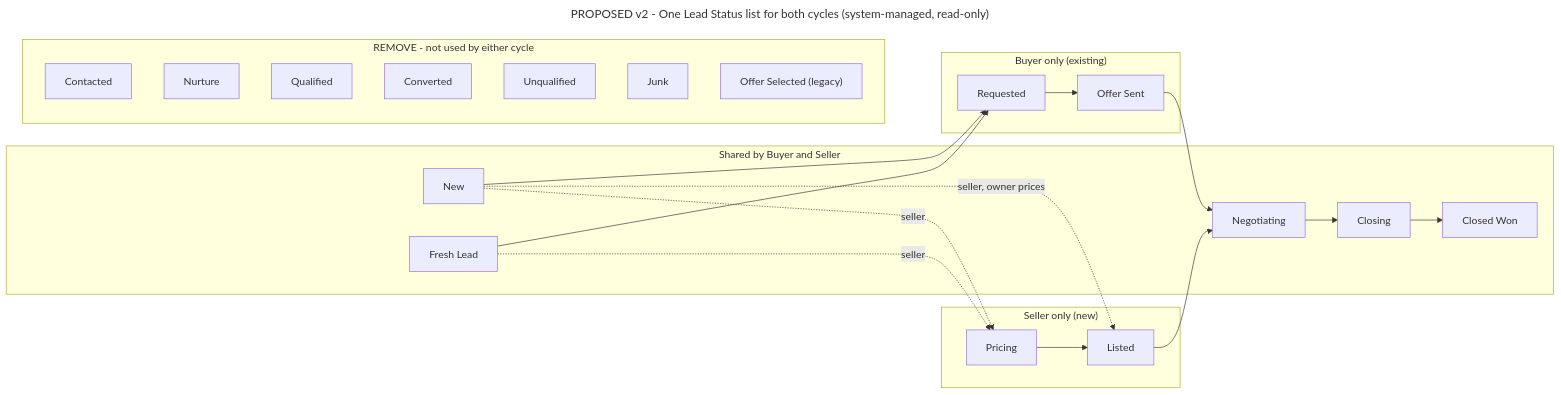
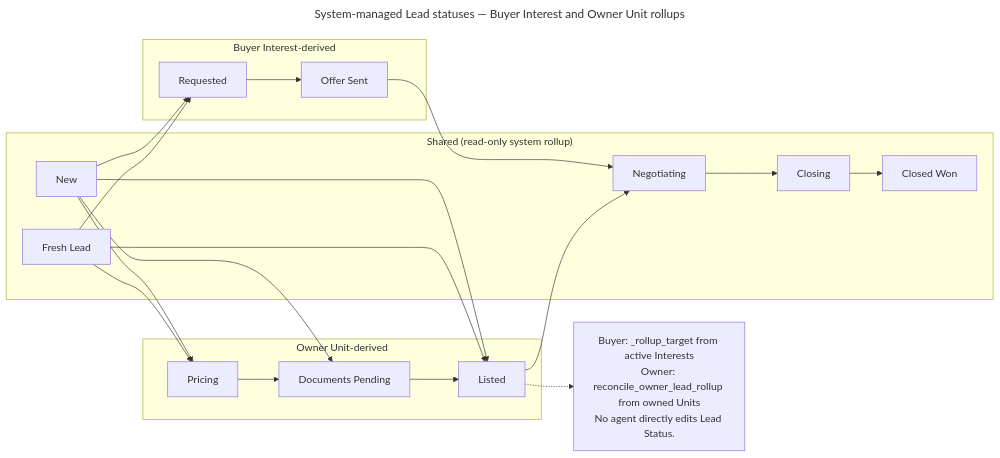
Before and after one commit to Cloudy-Z/crm-Real-State-Customs: the diagram in docs/proposals/owner_unit_workflow/lead_status_map.mmd, drawn with Mermaid. The commit also changed 24 other files, not shown here.

First line of the commit message:
feat: add guided Owner Unit listing workflow

```diff
--- a/docs/proposals/owner_unit_workflow/lead_status_map.mmd
+++ b/docs/proposals/owner_unit_workflow/lead_status_map.mmd
@@ -1,35 +1,31 @@
 ---
-title: PROPOSED v2 - One Lead Status list for both cycles (system-managed, read-only)
+title: System-managed Lead statuses — Buyer Interest and Owner Unit rollups
 ---
 flowchart LR
-    subgraph SHARED["Shared by Buyer and Seller"]
-        N["New"]
-        F["Fresh Lead"]
-        NG["Negotiating"]
-        CL["Closing"]
-        CW["Closed Won"]
+    subgraph SHARED["Shared (read-only system rollup)"]
+        N[New]
+        F[Fresh Lead]
+        NG[Negotiating]
+        CL[Closing]
+        CW[Closed Won]
     end
-    subgraph BUY["Buyer only (existing)"]
-        RQ["Requested"]
-        OS["Offer Sent"]
+    subgraph BUY["Buyer Interest-derived"]
+        RQ[Requested]
+        OS[Offer Sent]
     end
-    subgraph SELL["Seller only (new)"]
-        PRC["Pricing"]
-        LST["Listed"]
-    end
-    subgraph DEL["REMOVE - not used by either cycle"]
-        X1["Contacted"]
-        X2["Nurture"]
-        X3["Qualified"]
-        X4["Converted"]
-        X5["Unqualified"]
-        X6["Junk"]
-        X7["Offer Selected (legacy)"]
+    subgraph OWN["Owner Unit-derived"]
+        PR[Pricing]
+        DP[Documents Pending]
+        LI[Listed]
     end
 
-    N --> RQ --> OS --> NG
+    N --> RQ --> OS --> NG --> CL --> CW
     F --> RQ
-    N -. seller .-> PRC --> LST --> NG
-    F -. seller .-> PRC
-    N -. seller, owner prices .-> LST
-    NG --> CL --> CW
+    N --> PR --> DP --> LI --> NG
+    F --> PR
+    N --> DP
+    N --> LI
+    F --> LI
+
+    note1["Buyer: _rollup_target from active Interests\nOwner: reconcile_owner_lead_rollup from owned Units\nNo agent directly edits Lead Status."]
+    LI -.-> note1
```
